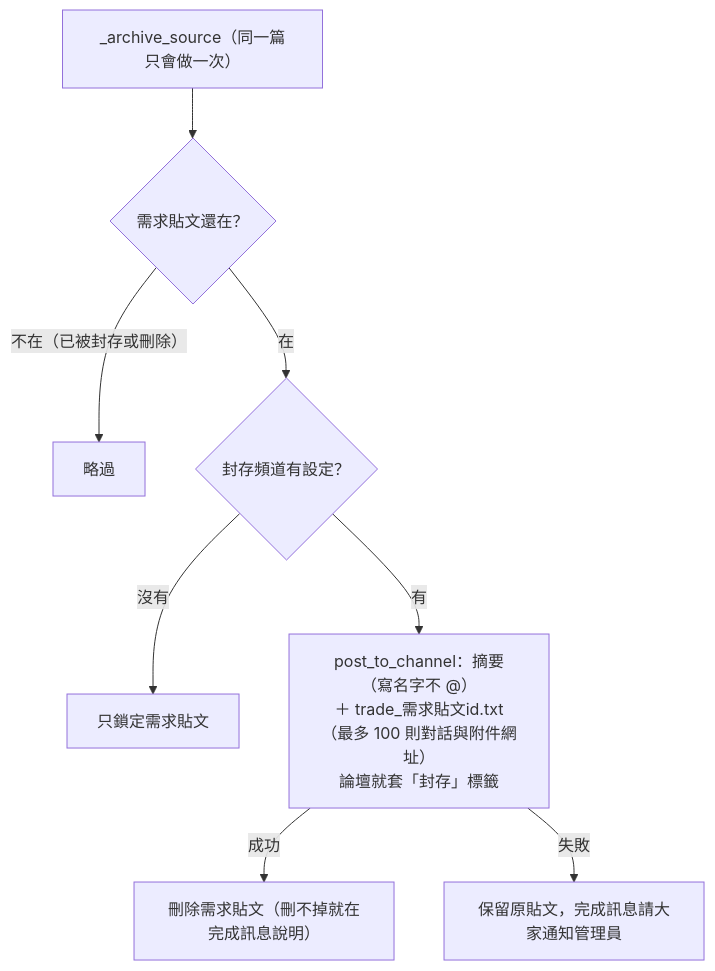
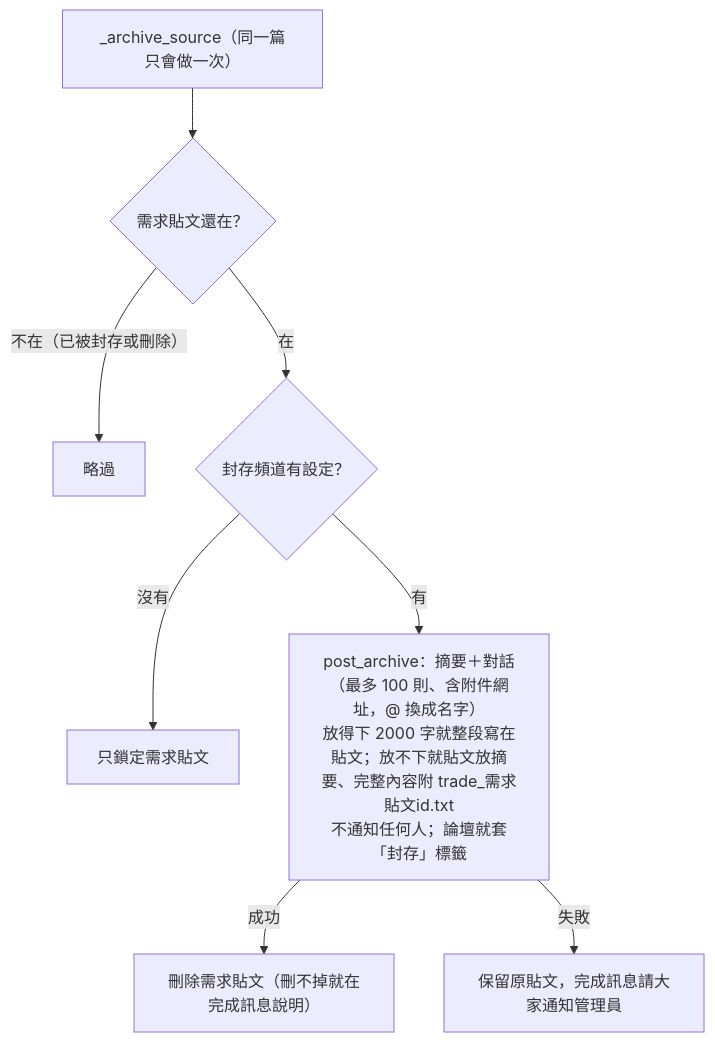
The sixth of 11 diagrams in TRADE_FLOW.md (jjasoncool/Discord-Bot), drawn with Mermaid before and after one commit. The commit also changed other lines of this file and 1 other file, not shown here.

First line of the commit message:
docs: record the archive format, end-of-trade DMs and the 品項 rename

````diff
--- a/TRADE_FLOW.md
+++ b/TRADE_FLOW.md
@@ -144,10 +147,10 @@
 ```mermaid
 flowchart TD
   A1["_archive_source（同一篇只會做一次）"] --> A2{"需求貼文還在？"}
   A2 -->|"不在（已被封存或刪除）"| A0["略過"]
   A2 -->|在| A3{"封存頻道有設定？"}
   A3 -->|沒有| A4["只鎖定需求貼文"]
-  A3 -->|有| A5["post_to_channel：摘要（寫名字不 @）<br/>＋ trade_需求貼文id.txt（最多 100 則對話與附件網址）<br/>論壇就套「封存」標籤"]
+  A3 -->|有| A5["post_archive：摘要＋對話（最多 100 則、含附件網址，@ 換成名字）<br/>放得下 2000 字就整段寫在貼文；放不下就貼文放摘要、完整內容附 trade_需求貼文id.txt<br/>不通知任何人；論壇就套「封存」標籤"]
   A5 -->|成功| A6["刪除需求貼文（刪不掉就在完成訊息說明）"]
   A5 -->|失敗| A7["保留原貼文，完成訊息請大家通知管理員"]
 ```
````
